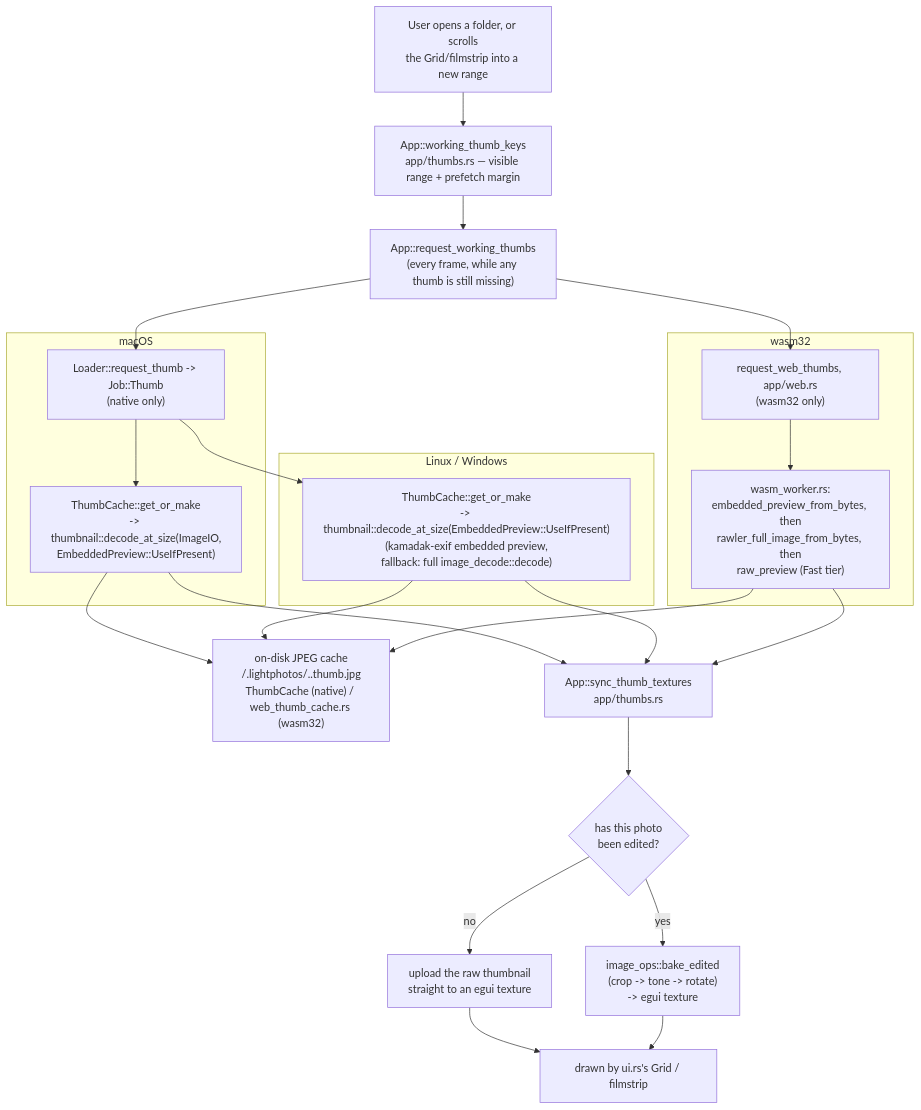
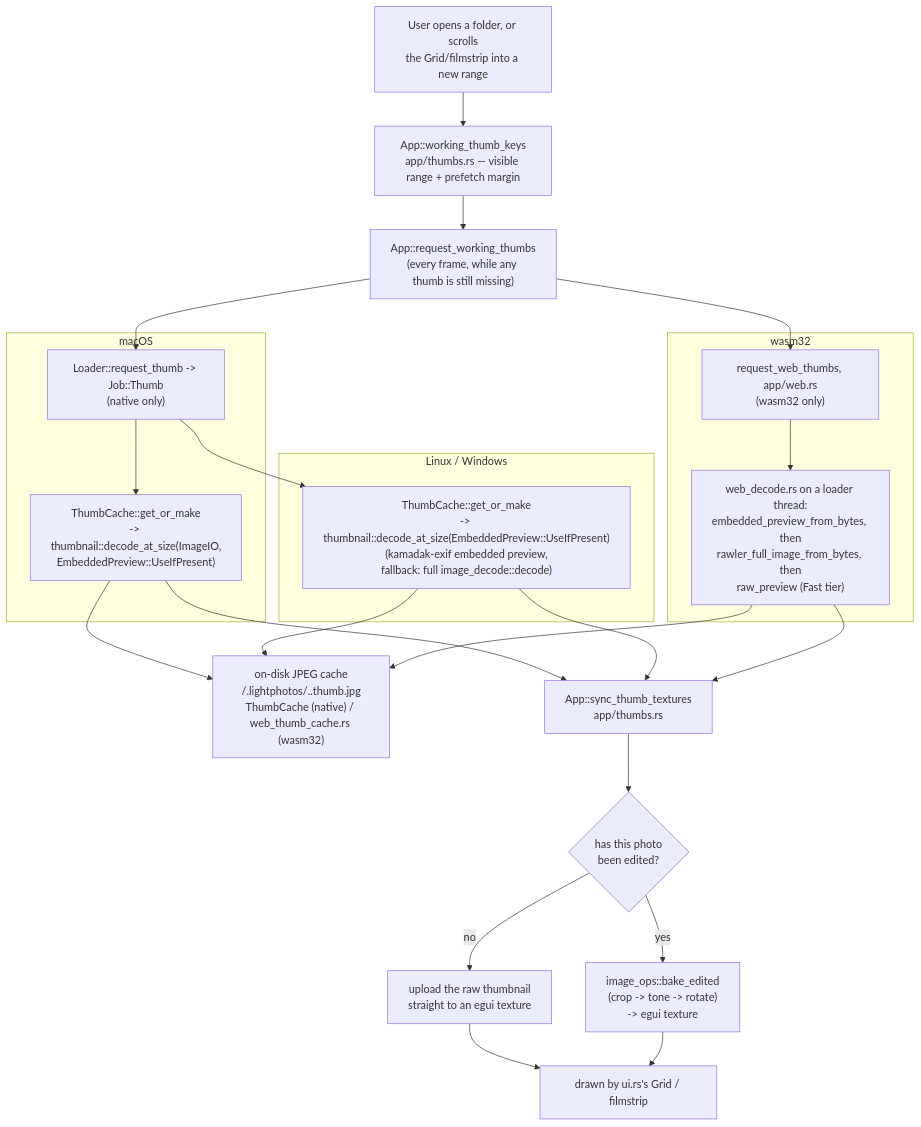
Before and after one commit to andrewyao/lightphotos: the second of 4 diagrams in ARCHITECTURE.md, drawn with Mermaid. The commit also changed other lines of this file and 29 other files, not shown here.

````diff
--- a/ARCHITECTURE.md
+++ b/ARCHITECTURE.md
@@ -132,33 +134,33 @@
 ```mermaid
 flowchart TD
     folder["User opens a folder, or scrolls\nthe Grid/filmstrip into a new range"]
     folder --> working["App::working_thumb_keys\napp/thumbs.rs — visible range + prefetch margin"]
     working --> reqthumb["App::request_working_thumbs\n(every frame, while any thumb is still missing)"]
 
     reqthumb --> nativeq["Loader::request_thumb -> Job::Thumb\n(native only)"]
     reqthumb --> webq["request_web_thumbs, app/web.rs\n(wasm32 only)"]
 
     subgraph mac2["macOS"]
         nativeq --> mact["ThumbCache::get_or_make\n-> thumbnail::decode_at_size(ImageIO,\nEmbeddedPreview::UseIfPresent)"]
     end
     subgraph other2["Linux / Windows"]
         nativeq --> othct["ThumbCache::get_or_make\n-> thumbnail::decode_at_size(EmbeddedPreview::UseIfPresent)\n(kamadak-exif embedded preview,\nfallback: full image_decode::decode)"]
     end
     subgraph web2["wasm32"]
-        webq --> webct["wasm_worker.rs:\nembedded_preview_from_bytes, then\nrawler_full_image_from_bytes, then\nraw_preview (Fast tier)"]
+        webq --> webct["web_decode.rs on a loader thread:\nembedded_preview_from_bytes, then\nrawler_full_image_from_bytes, then\nraw_preview (Fast tier)"]
     end
 
     mact --> disk["on-disk JPEG cache\n<photo dir>/.lightphotos/<photo>.<key>.thumb.jpg\nThumbCache (native) / web_thumb_cache.rs (wasm32)"]
     othct --> disk
     webct --> disk
 
     mact --> sync["App::sync_thumb_textures\napp/thumbs.rs"]
     othct --> sync
     webct --> sync
 
     sync --> bake{"has this photo\nbeen edited?"}
     bake -- "no" --> rawtex["upload the raw thumbnail\nstraight to an egui texture"]
     bake -- "yes" --> baked["image_ops::bake_edited\n(crop -> tone -> rotate)\n-> egui texture"]
     rawtex --> grid["drawn by ui.rs's Grid / filmstrip"]
     baked --> grid
 ```
````
